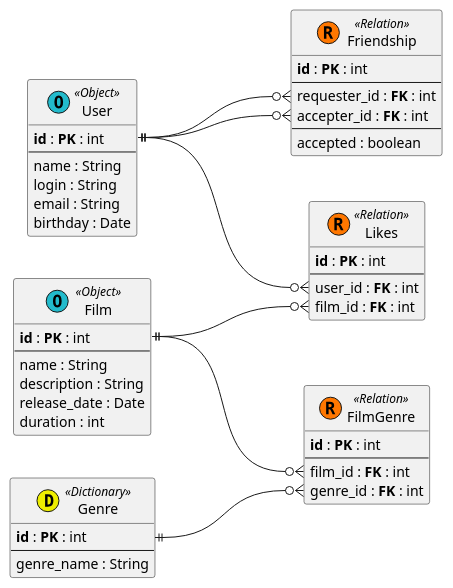
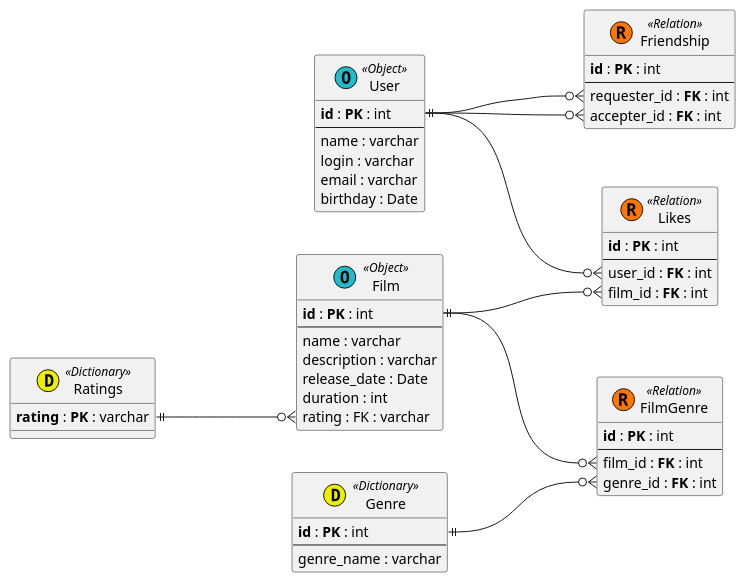
One commit to Sintsoft/java-filmorate changed the diagram in doc/db_schema.wsd. Above: the diagram before and after it, drawn with PlantUML. The commit also changed 2 other files, not shown here.

```diff
--- a/doc/db_schema.wsd
+++ b/doc/db_schema.wsd
@@ -1,68 +1,75 @@
 @startuml
 
 left to right direction
 
 entity User << (O,#22bbcc) Object >> {
     **id** : **PK** : int
     --
-    name : String
-    login : String
-    email : String
+    name : varchar
+    login : varchar
+    email : varchar
     birthday : Date
 }
+
 
 entity Film << (O,#22bbcc) Object >> {
     **id** : **PK** : int
     --
-    name : String
-    description : String
+    name : varchar
+    description : varchar
     release_date : Date
     duration : int
+    rating : FK : varchar
 }
 
 entity Genre << (D,#eeee00) Dictionary >>
  {
     **id** : **PK** : int
     --
-    genre_name : String
+    genre_name : varchar
+}
+
+entity Ratings << (D,#eeee00) Dictionary >>
+{
+    **rating** : **PK** : varchar
 }
 
 entity FilmGenre  << (R,#FF7700) Relation >>
 {
     **id** : **PK** : int
     --
     film_id : **FK** : int
     genre_id : **FK** : int
 }
 
 
 entity Friendship  << (R,#FF7700) Relation >>
  {
     **id** : **PK** : int
     --
     requester_id : **FK** : int
     accepter_id : **FK** : int
-    --
-    accepted : boolean
 }
 
 
 entity Likes << (R,#FF7700) Relation >> {
     **id** : **PK** : int
     --
     user_id : **FK** : int
     film_id : **FK** : int
 }
 
 
 
 User::id ||---o{ Friendship::requester_id
 User::id ||---o{ Friendship::accepter_id
 
 User::id ||---o{ Likes::user_id
 Film::id ||---o{ Likes::film_id
 
 Film::id ||---o{ FilmGenre::film_id
 Genre::id ||---o{ FilmGenre::genre_id
 
+Ratings::rating ||---o{ Film::rating
+
 @enduml
```
